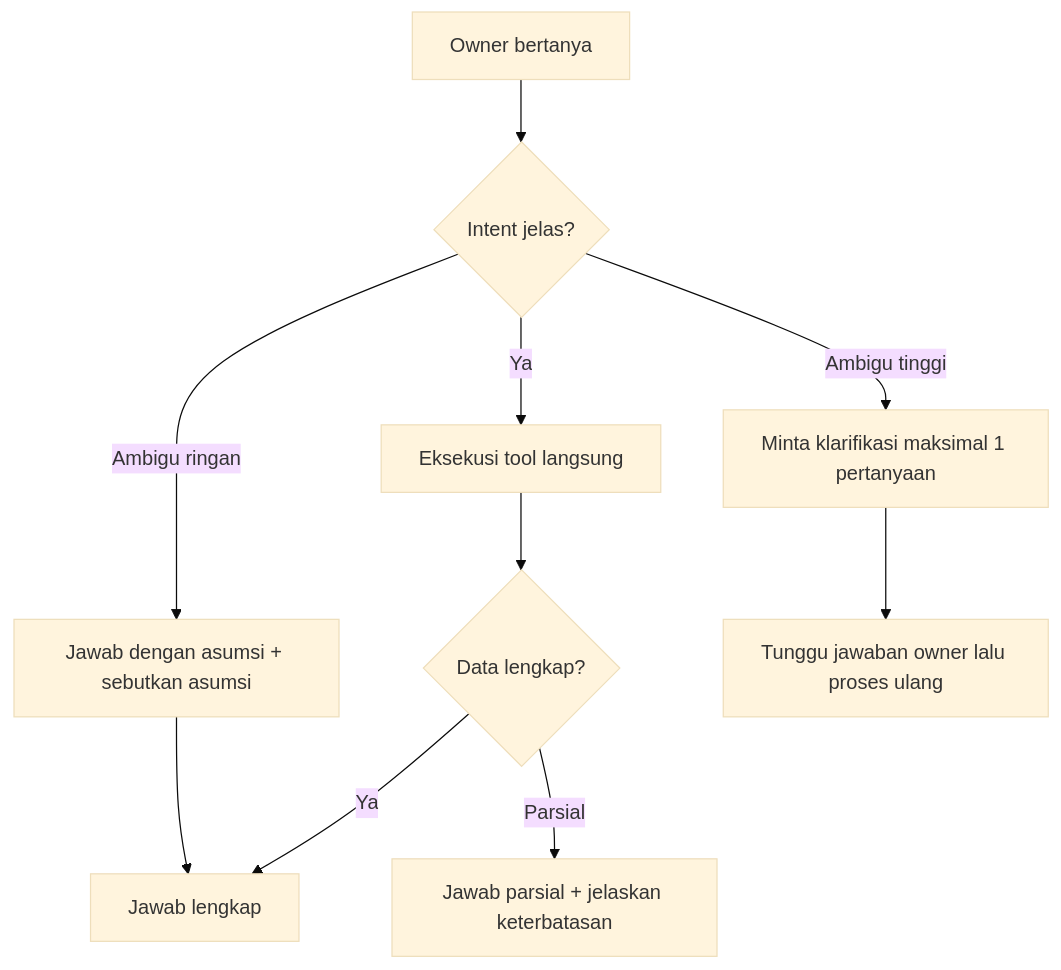
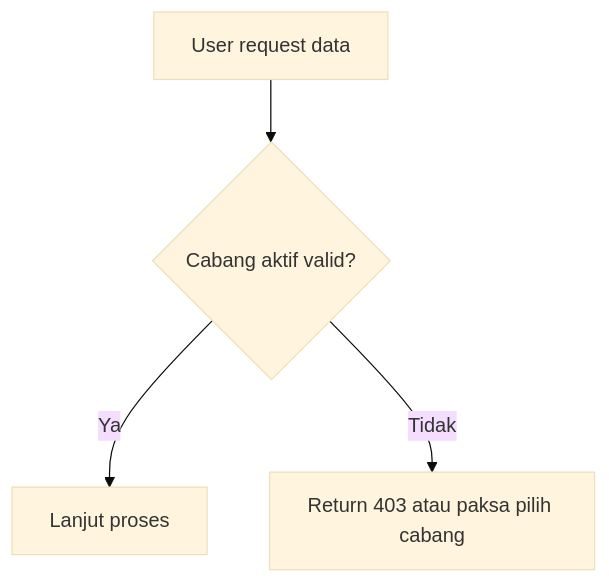
Before and after one commit to DimasPrasetio/mini-erp: diagram 11 of 11 in SYSTEM_FLOW.md, drawn with Mermaid (base theme). The commit also changed other lines of this file and 10 other files, not shown here.

````diff
--- a/SYSTEM_FLOW.md
+++ b/SYSTEM_FLOW.md
@@ -300,12 +240,6 @@
 ```mermaid
 flowchart TD
-    A[Owner bertanya] --> B{Intent jelas?}
-    B -->|Ya| C[Eksekusi tool langsung]
-    B -->|Ambigu ringan| D[Jawab dengan asumsi + sebutkan asumsi]
-    B -->|Ambigu tinggi| E[Minta klarifikasi maksimal 1 pertanyaan]
-    C --> F{Data lengkap?}
-    F -->|Ya| G[Jawab lengkap]
-    F -->|Parsial| H[Jawab parsial + jelaskan keterbatasan]
-    D --> G
-    E --> I[Tunggu jawaban owner lalu proses ulang]
+    A[User request data] --> B{Cabang aktif valid?}
+    B -->|Ya| C[Lanjut proses]
+    B -->|Tidak| D[Return 403 atau paksa pilih cabang]
 ```
````
